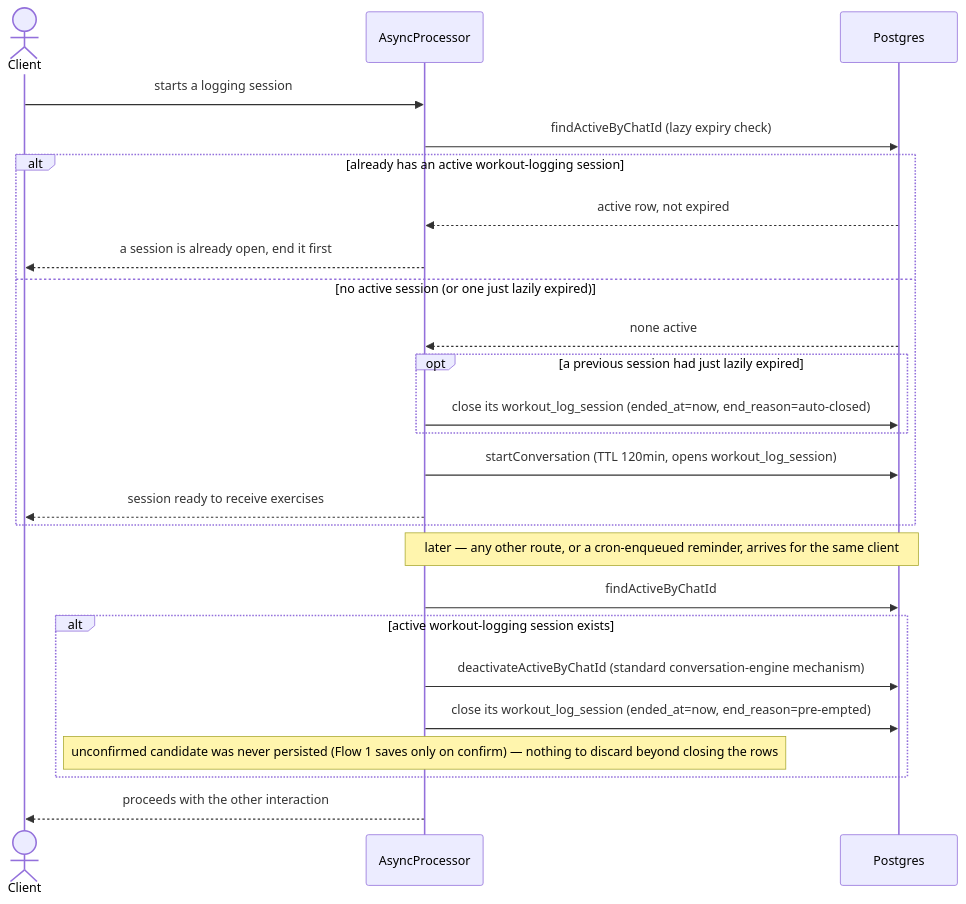
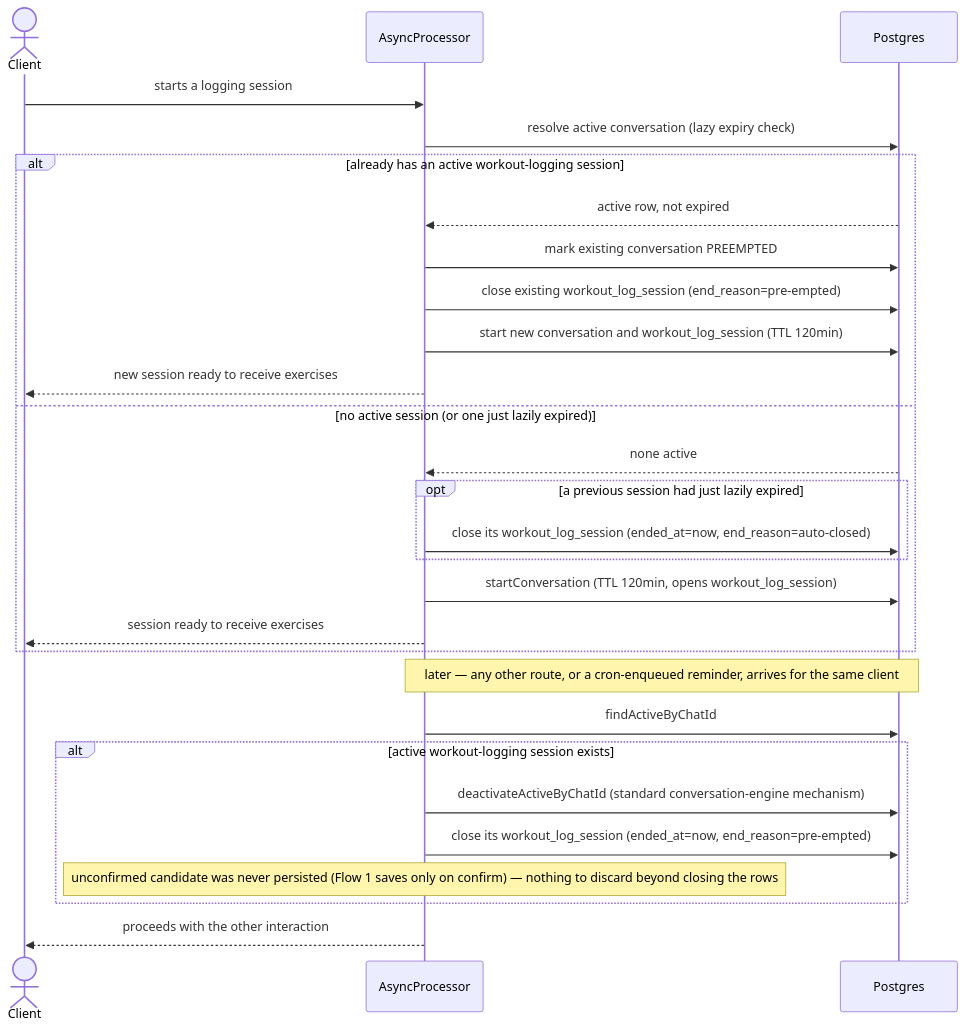
One commit to v-kyrychenko/ka4-today-bot changed the fourth of 5 diagrams in docs/features/workout-logging/sad.md. Above: the diagram before and after it, drawn with Mermaid. The commit also changed other lines of this file and 19 other files, not shown here.

````diff
--- a/docs/features/workout-logging/sad.md
+++ b/docs/features/workout-logging/sad.md
@@ -191,27 +191,30 @@
 ```mermaid
 sequenceDiagram
     actor Client
     participant AsyncProcessor
     participant Postgres
     Client->>AsyncProcessor: starts a logging session
-    AsyncProcessor->>Postgres: findActiveByChatId (lazy expiry check)
+    AsyncProcessor->>Postgres: resolve active conversation (lazy expiry check)
     alt already has an active workout-logging session
         Postgres-->>AsyncProcessor: active row, not expired
-        AsyncProcessor-->>Client: a session is already open, end it first
+        AsyncProcessor->>Postgres: mark existing conversation PREEMPTED
+        AsyncProcessor->>Postgres: close existing workout_log_session (end_reason=pre-empted)
+        AsyncProcessor->>Postgres: start new conversation and workout_log_session (TTL 120min)
+        AsyncProcessor-->>Client: new session ready to receive exercises
     else no active session (or one just lazily expired)
         Postgres-->>AsyncProcessor: none active
         opt a previous session had just lazily expired
             AsyncProcessor->>Postgres: close its workout_log_session (ended_at=now, end_reason=auto-closed)
         end
         AsyncProcessor->>Postgres: startConversation (TTL 120min, opens workout_log_session)
         AsyncProcessor-->>Client: session ready to receive exercises
     end
     Note over AsyncProcessor,Postgres: later — any other route, or a cron-enqueued reminder, arrives for the same client
     AsyncProcessor->>Postgres: findActiveByChatId
     alt active workout-logging session exists
         AsyncProcessor->>Postgres: deactivateActiveByChatId (standard conversation-engine mechanism)
         AsyncProcessor->>Postgres: close its workout_log_session (ended_at=now, end_reason=pre-empted)
         Note over AsyncProcessor: unconfirmed candidate was never persisted (Flow 1 saves only on confirm) — nothing to discard beyond closing the rows
     end
     AsyncProcessor-->>Client: proceeds with the other interaction
 ```
````
